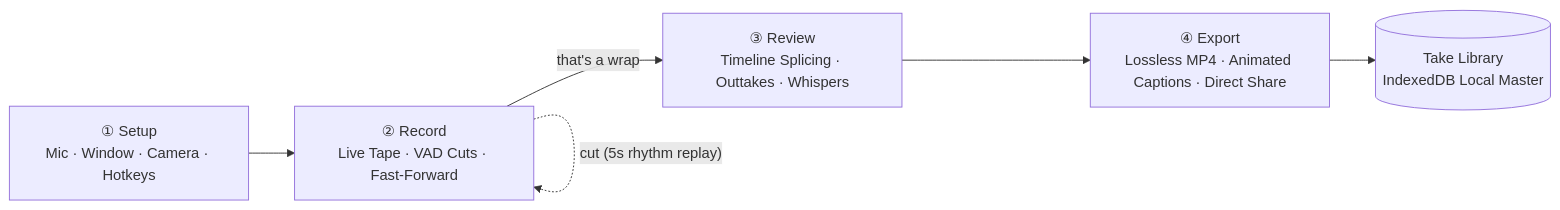
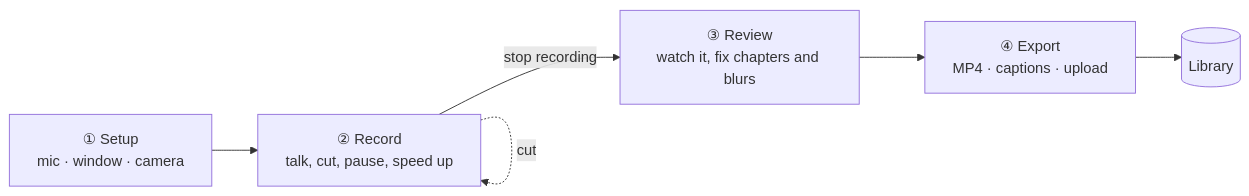
One commit to ScRocXx/Take1 changed the first of 6 diagrams in README.md. Above: the diagram before and after it, drawn with Mermaid. The commit also changed other lines of this file and 5 other files, not shown here.

````diff
--- a/README.md
+++ b/README.md
@@ -82,8 +61,8 @@
 ```mermaid
 flowchart LR
-    A["① Setup<br/>Mic · Window · Camera · Hotkeys"] --> B["② Record<br/>Live Tape · VAD Cuts · Fast-Forward"]
-    B -->|"that's a wrap"| C["③ Review<br/>Timeline Splicing · Outtakes · Whispers"]
-    C --> D["④ Export<br/>Lossless MP4 · Animated Captions · Direct Share"]
-    D --> L[("Take Library<br/>IndexedDB Local Master")]
-    B -. "cut (5s rhythm replay)" .-> B
+    A["① Setup<br/>mic · window · camera"] --> B["② Record<br/>talk, cut, pause, speed up"]
+    B -->|"stop recording"| C["③ Review<br/>watch it, fix chapters and blurs"]
+    C --> D["④ Export<br/>MP4 · captions · upload"]
+    D --> L[("Library")]
+    B -. "cut" .-> B
 ```
````
